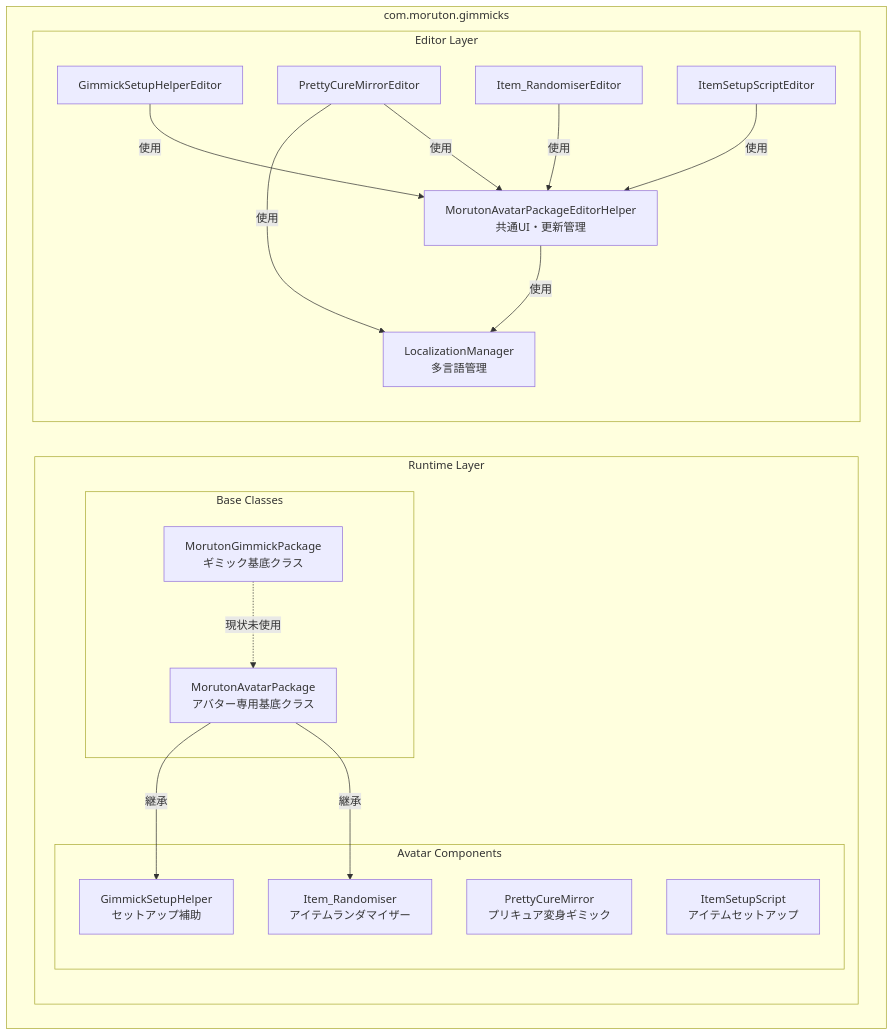
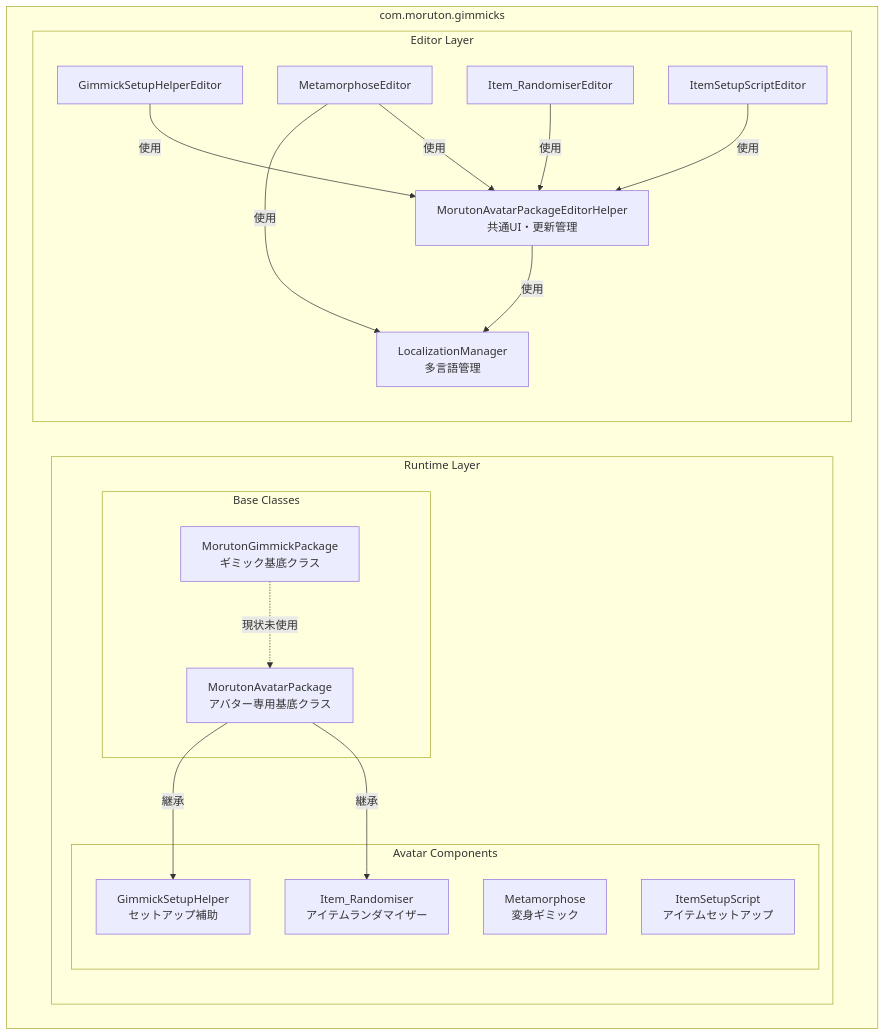
Before and after one commit to moruton1119/com.moruton.gimmicks: the first of 7 diagrams in Documentation/Architecture.md, drawn with Mermaid. The commit also changed other lines of this file and 15 other files, not shown here.

Commit message:
Refactor: Rename PrettyCureMirror to Metamorphose across codebase, localizations, and docs

````diff
--- a/Documentation/Architecture.md
+++ b/Documentation/Architecture.md
@@ -5,38 +5,38 @@
 ```mermaid
 graph TB
     subgraph "com.moruton.gimmicks"
         subgraph Runtime["Runtime Layer"]
             subgraph BaseClasses["Base Classes"]
                 MorutonGimmickPackage["MorutonGimmickPackage<br/>ギミック基底クラス"]
                 MorutonAvatarPackage["MorutonAvatarPackage<br/>アバター専用基底クラス"]
             end
             
             subgraph AvatarComponents["Avatar Components"]
                 GimmickSetupHelper["GimmickSetupHelper<br/>セットアップ補助"]
-                PrettyCureMirror["PrettyCureMirror<br/>プリキュア変身ギミック"]
+                Metamorphose["Metamorphose<br/>変身ギミック"]
                 Item_Randomiser["Item_Randomiser<br/>アイテムランダマイザー"]
                 ItemSetupScript["ItemSetupScript<br/>アイテムセットアップ"]
             end
         end
         
         subgraph Editor["Editor Layer"]
             LocalizationManager["LocalizationManager<br/>多言語管理"]
             MorutonAvatarPackageEditorHelper["MorutonAvatarPackageEditorHelper<br/>共通UI・更新管理"]
             GimmickSetupHelperEditor["GimmickSetupHelperEditor"]
-            PrettyCureMirrorEditor["PrettyCureMirrorEditor"]
+            MetamorphoseEditor["MetamorphoseEditor"]
             Item_RandomiserEditor["Item_RandomiserEditor"]
             ItemSetupScriptEditor["ItemSetupScriptEditor"]
         end
     end
     
     MorutonAvatarPackage -->|継承| GimmickSetupHelper
     MorutonAvatarPackage -->|継承| Item_Randomiser
     MorutonGimmickPackage -.->|現状未使用| MorutonAvatarPackage
     
     MorutonAvatarPackageEditorHelper -->|使用| LocalizationManager
     GimmickSetupHelperEditor -->|使用| MorutonAvatarPackageEditorHelper
-    PrettyCureMirrorEditor -->|使用| MorutonAvatarPackageEditorHelper
-    PrettyCureMirrorEditor -->|使用| LocalizationManager
+    MetamorphoseEditor -->|使用| MorutonAvatarPackageEditorHelper
+    MetamorphoseEditor -->|使用| LocalizationManager
     Item_RandomiserEditor -->|使用| MorutonAvatarPackageEditorHelper
     ItemSetupScriptEditor -->|使用| MorutonAvatarPackageEditorHelper
 ```
````
